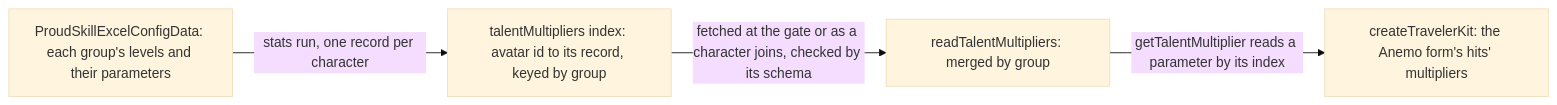
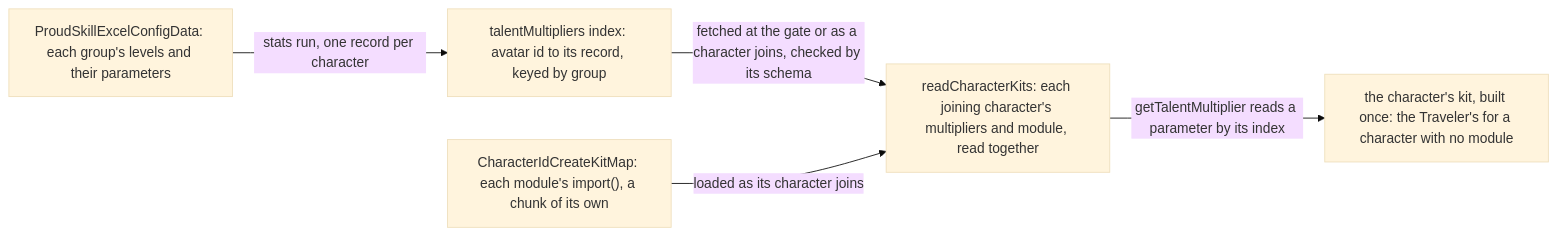
Before and after one commit to Esposter/Esposter: the second of 3 diagrams in apps/web/content/docs/genshin/kits/index.md, drawn with Mermaid (base theme). The commit also changed other lines of this file and 28 other files, not shown here.

````diff
--- a/apps/web/content/docs/genshin/kits/index.md
+++ b/apps/web/content/docs/genshin/kits/index.md
@@ -32,6 +32,7 @@
 ```mermaid
 flowchart LR
   P["ProudSkillExcelConfigData: each group's levels and their parameters"] -->|"stats run, one record per character"| M["talentMultipliers index: avatar id to its record, keyed by group"]
-  M -->|"fetched at the gate or as a character joins, checked by its schema"| R["readTalentMultipliers: merged by group"]
-  R -->|"getTalentMultiplier reads a parameter by its index"| T["createTravelerKit: the Anemo form's hits' multipliers"]
+  M -->|"fetched at the gate or as a character joins, checked by its schema"| R["readCharacterKits: each joining character's multipliers and module, read together"]
+  C["CharacterIdCreateKitMap: each module's import(), a chunk of its own"] -->|"loaded as its character joins"| R
+  R -->|"getTalentMultiplier reads a parameter by its index"| T["the character's kit, built once: the Traveler's for a character with no module"]
 ```
````
